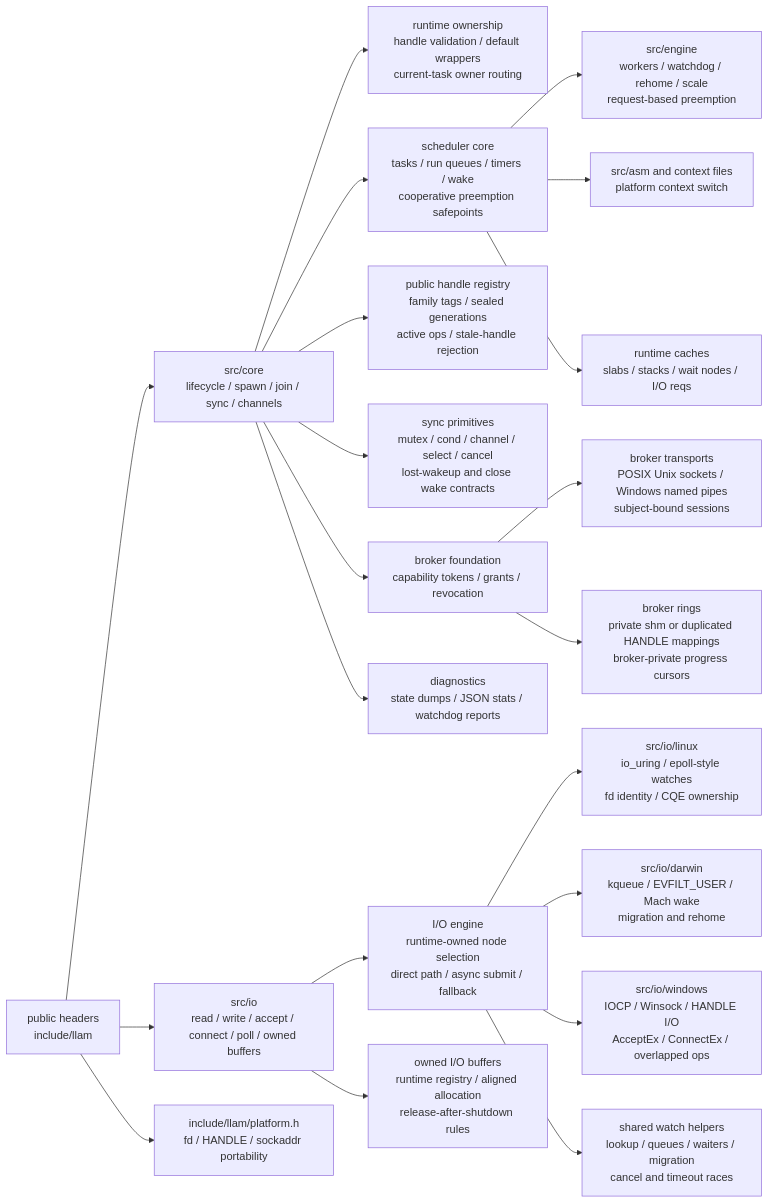
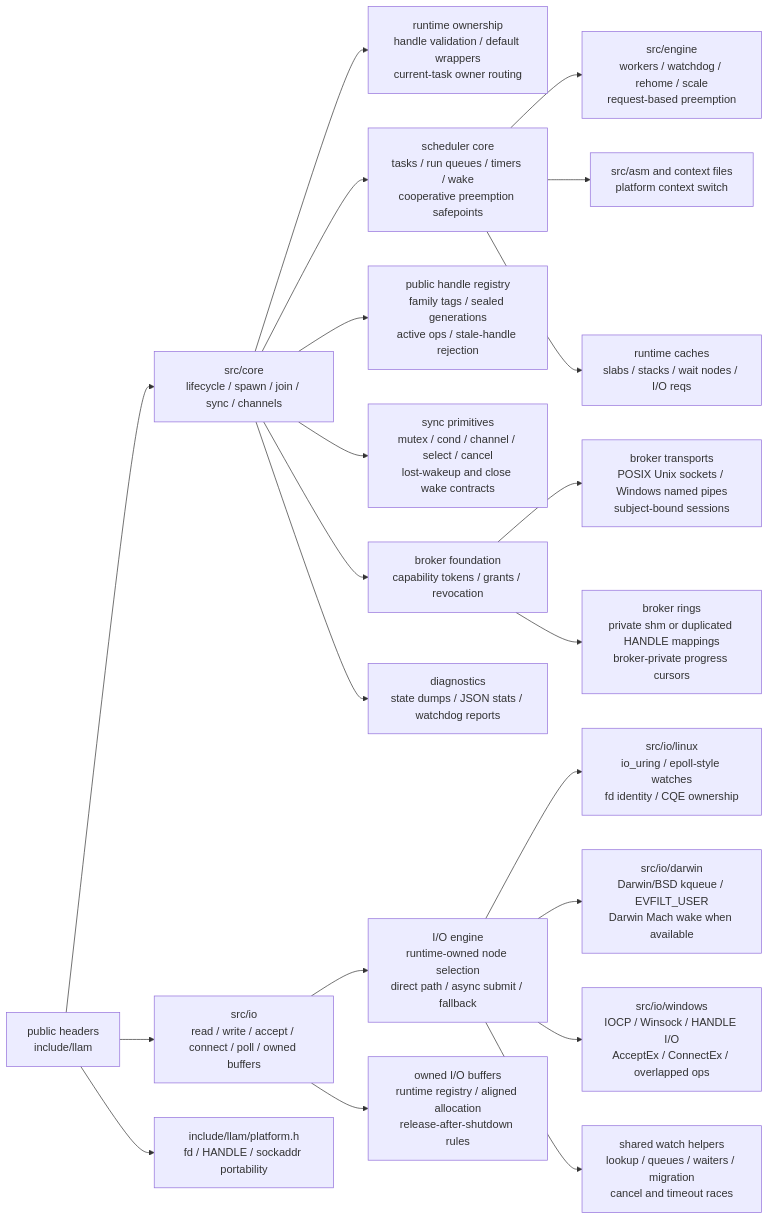
One commit to Feralthedogg/LLAM changed the second of 4 diagrams in README.md. Above: the diagram before and after it, drawn with Mermaid. The commit also changed other lines of this file and 34 other files, not shown here.

Commit message:
Add BSD kqueue runtime support

````diff
--- a/README.md
+++ b/README.md
@@ -1131,27 +1168,27 @@
 ```mermaid
 flowchart LR
     PublicAPI["public headers\ninclude/llam"] --> CoreAPI["src/core\nlifecycle / spawn / join / sync / channels"]
     PublicAPI --> IOAPI["src/io\nread / write / accept / connect / poll / owned buffers"]
     PublicAPI --> PlatformAPI["include/llam/platform.h\nfd / HANDLE / sockaddr portability"]
 
     CoreAPI --> RuntimeOwner["runtime ownership\nhandle validation / default wrappers\ncurrent-task owner routing"]
     CoreAPI --> Scheduler["scheduler core\ntasks / run queues / timers / wake\ncooperative preemption safepoints"]
     CoreAPI --> Handles["public handle registry\nfamily tags / sealed generations\nactive ops / stale-handle rejection"]
     CoreAPI --> Sync["sync primitives\nmutex / cond / channel / select / cancel\nlost-wakeup and close wake contracts"]
     CoreAPI --> BrokerCore["broker foundation\ncapability tokens / grants / revocation"]
     CoreAPI --> RuntimeDebug["diagnostics\nstate dumps / JSON stats / watchdog reports"]
 
     Scheduler --> Engine["src/engine\nworkers / watchdog / rehome / scale\nrequest-based preemption"]
     Scheduler --> ASM["src/asm and context files\nplatform context switch"]
     Scheduler --> Alloc["runtime caches\nslabs / stacks / wait nodes / I/O reqs"]
 
     IOAPI --> IOEngine["I/O engine\nruntime-owned node selection\ndirect path / async submit / fallback"]
     IOAPI --> OwnedBuffers["owned I/O buffers\nruntime registry / aligned allocation\nrelease-after-shutdown rules"]
     IOEngine --> Linux["src/io/linux\nio_uring / epoll-style watches\nfd identity / CQE ownership"]
-    IOEngine --> Darwin["src/io/darwin\nkqueue / EVFILT_USER / Mach wake\nmigration and rehome"]
+    IOEngine --> Kqueue["src/io/darwin\nDarwin/BSD kqueue / EVFILT_USER\nDarwin Mach wake when available"]
     IOEngine --> Windows["src/io/windows\nIOCP / Winsock / HANDLE I/O\nAcceptEx / ConnectEx / overlapped ops"]
     IOEngine --> WatchCommon["shared watch helpers\nlookup / queues / waiters / migration\ncancel and timeout races"]
 
     BrokerCore --> BrokerTransport["broker transports\nPOSIX Unix sockets / Windows named pipes\nsubject-bound sessions"]
     BrokerCore --> BrokerRing["broker rings\nprivate shm or duplicated HANDLE mappings\nbroker-private progress cursors"]
 ```
````
